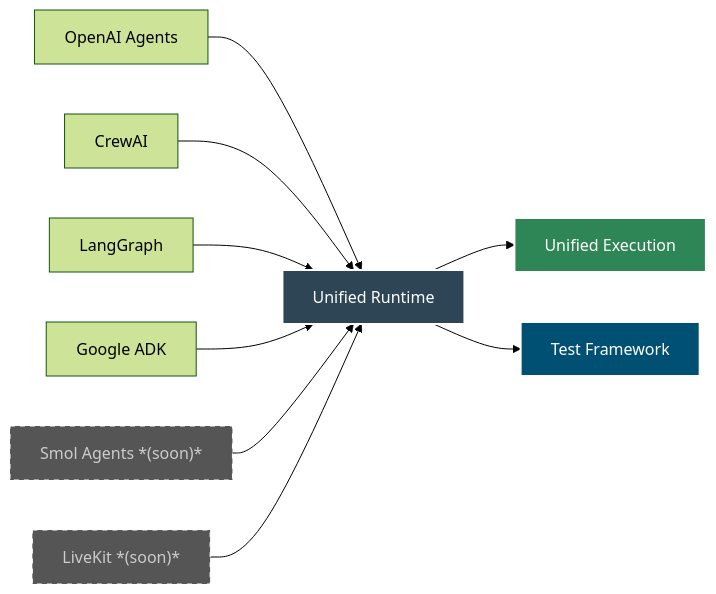
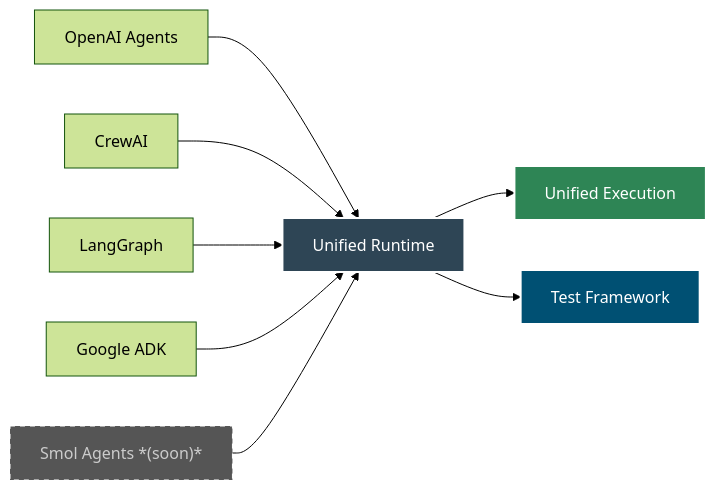
The first of 2 diagrams in docs/docs/intro.md (yaalalabs/agent-kernel), drawn with Mermaid (forest theme) before and after one commit. The commit also changed other lines of this file and 16 other files, not shown here.

Commit message:
feat: integrate LiveKit for real-time voice agents

````diff
--- a/docs/docs/intro.md
+++ b/docs/docs/intro.md
@@ -29,21 +29,19 @@
 ```mermaid
 ---
 config:
   layout: dagre
 ---
 flowchart LR
     B["Unified Runtime"] --> A["Unified Execution"]
     C["OpenAI Agents"] --> B
     D["CrewAI"] --> B
     E["LangGraph"] --> B
     F["Google ADK"] --> B
     SA["Smol Agents *(soon)*"] --> B
-    LK["LiveKit *(soon)*"] --> B
     G["Test Framework"]
     B --> G
     style A fill:#2e8555,stroke:#fff,stroke-width:2px,color:#fff
     style B fill:#2e4555,stroke:#fff,stroke-width:2px,color:#fff
     style G fill:#005073,stroke:#fff,stroke-width:2px,color:#fff
     style SA fill:#555,stroke:#fff,stroke-width:1px,color:#ccc,stroke-dasharray: 5 5
-    style LK fill:#555,stroke:#fff,stroke-width:1px,color:#ccc,stroke-dasharray: 5 5
 ```
````
